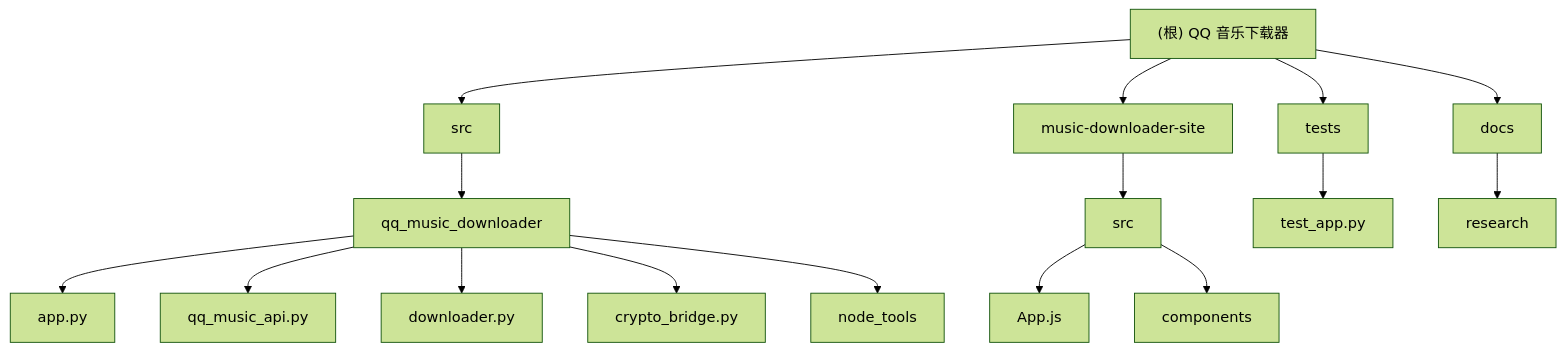
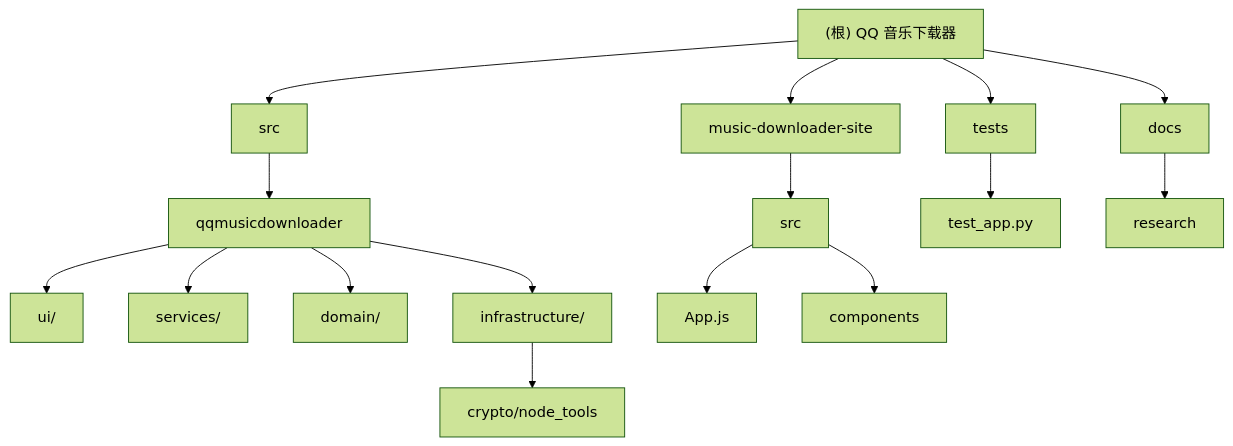
One commit to yuqie6/qqmusicdownloader changed the diagram in CLAUDE.md. Above: the diagram before and after it, drawn with Mermaid (forest theme). The commit also changed other lines of this file and 40 other files, not shown here.

````diff
--- a/CLAUDE.md
+++ b/CLAUDE.md
@@ -9,27 +9,27 @@
 ```mermaid
 graph TD
     A["(根) QQ 音乐下载器"] --> B["src"];
     A --> C["music-downloader-site"];
     A --> D["tests"];
     A --> E["docs"];
 
-    B --> F["qq_music_downloader"];
-    F --> G["app.py"];
-    F --> H["qq_music_api.py"];
-    F --> I["downloader.py"];
-    F --> J["crypto_bridge.py"];
-    F --> K["node_tools"];
+    B --> F["qqmusicdownloader"];
+    F --> G["ui/"];
+    F --> H["services/"];
+    F --> I["domain/"];
+    F --> J["infrastructure/"];
+    J --> K["crypto/node_tools"];
 
     C --> L["src"];
     L --> M["App.js"];
     L --> N["components"];
 
     D --> O["test_app.py"];
 
     E --> P["research"];
 
-    click F "./src/qq_music_downloader/CLAUDE.md" "查看核心模块文档"
+    click F "./src/qqmusicdownloader/CLAUDE.md" "查看核心模块文档"
     click C "./music-downloader-site/CLAUDE.md" "查看前端网站文档"
     click D "./tests/CLAUDE.md" "查看测试模块文档"
     click E "./docs/CLAUDE.md" "查看文档模块文档"
 ```
````
